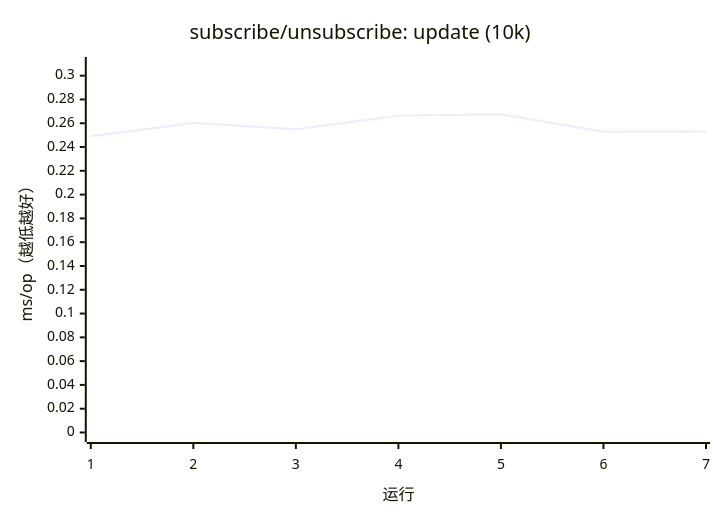
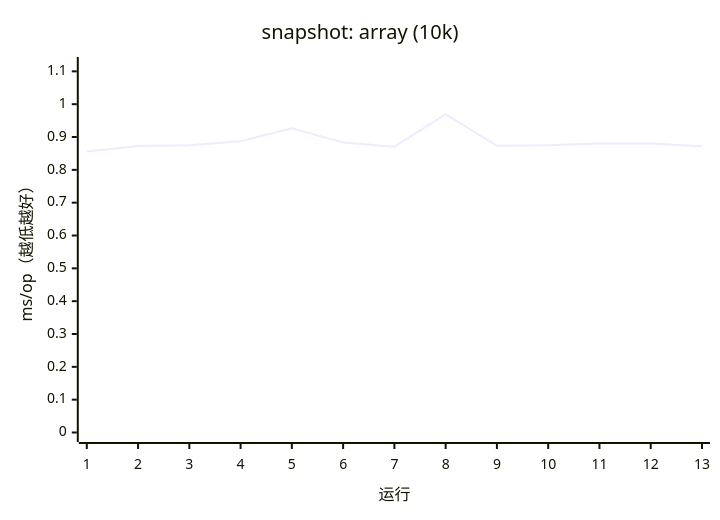
One commit to AIluffy/io changed diagram 15 of 17 in apps/docs/src/content/docs/guides/benchmark.mdx. Above: the diagram before and after it, drawn with Mermaid. The commit also changed other lines of this file and 11 other files, not shown here.

````diff
--- a/apps/docs/src/content/docs/guides/benchmark.mdx
+++ b/apps/docs/src/content/docs/guides/benchmark.mdx
@@ -296,7 +387,7 @@
 ```mermaid
 xychart-beta
-  title "subscribe/unsubscribe: update (10k)"
-  x-axis "运行" [1, 2, 3, 4, 5, 6, 7]
-  y-axis "ms/op（越低越好）" 0 --> 0.3077
-  line [0.2491, 0.2601, 0.2549, 0.2664, 0.2676, 0.2528, 0.2531]
+  title "snapshot: array (10k)"
+  x-axis "运行" [1, 2, 3, 4, 5, 6, 7, 8, 9, 10, 11, 12, 13]
+  y-axis "ms/op（越低越好）" 0 --> 1.1148
+  line [0.8558, 0.8727, 0.8746, 0.8872, 0.9264, 0.8833, 0.8703, 0.9694, 0.8734, 0.8747, 0.8803, 0.8805, 0.8721]
 ```
````
